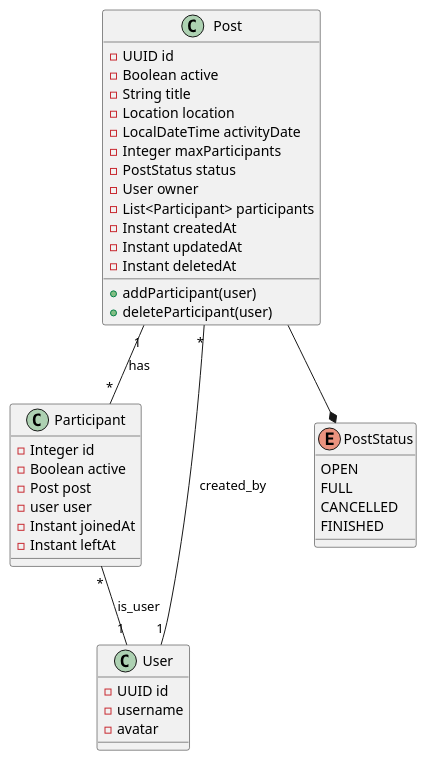
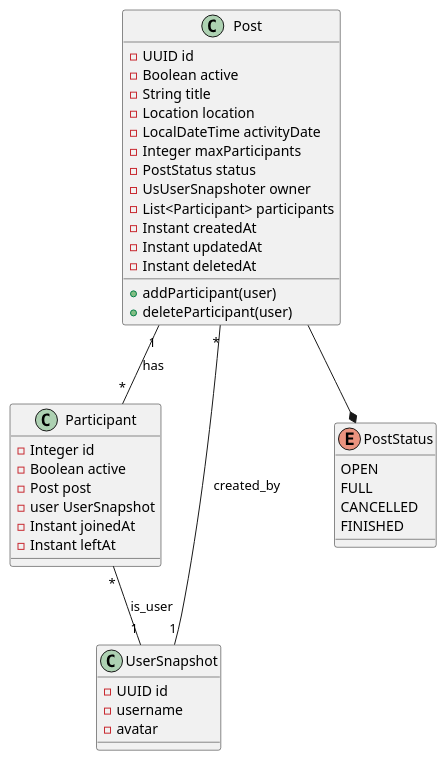
Before and after one commit to EzequielArroyo/aDondeVamos: the diagram in domain-services/post-service/docs/postService/classDiagram.puml, drawn with PlantUML.

Commit message:
refactor(docs): change user class name to a more representative name(userSnapshot).

```diff
--- a/domain-services/post-service/docs/postService/classDiagram.puml
+++ b/domain-services/post-service/docs/postService/classDiagram.puml
@@ -1,42 +1,42 @@
 @startuml
 Class Post{
 -UUID id
 -Boolean active
 -String title
 -Location location
 -LocalDateTime activityDate
 -Integer maxParticipants
 -PostStatus status
--User owner
+-UsUserSnapshoter owner
 -List<Participant> participants
 -Instant createdAt
 -Instant updatedAt
 -Instant deletedAt
 +addParticipant(user)
 +deleteParticipant(user)
 }
 Class Participant{
 -Integer id
 -Boolean active
 -Post post
--user user
+-user UserSnapshot
 -Instant joinedAt
 -Instant leftAt
 }
-Class User{
+Class UserSnapshot{
 -UUID id
 -username
 -avatar
 }
 Enum PostStatus{
 OPEN
 FULL
 CANCELLED
 FINISHED
 }
 Post "1" -- "*" Participant : has
-Post "*" -- "1" User : created_by
-Participant "*" -- "1" User : is_user
+Post "*" -- "1" UserSnapshot : created_by
+Participant "*" -- "1" UserSnapshot : is_user
 Post --* PostStatus
 
 @enduml
```
